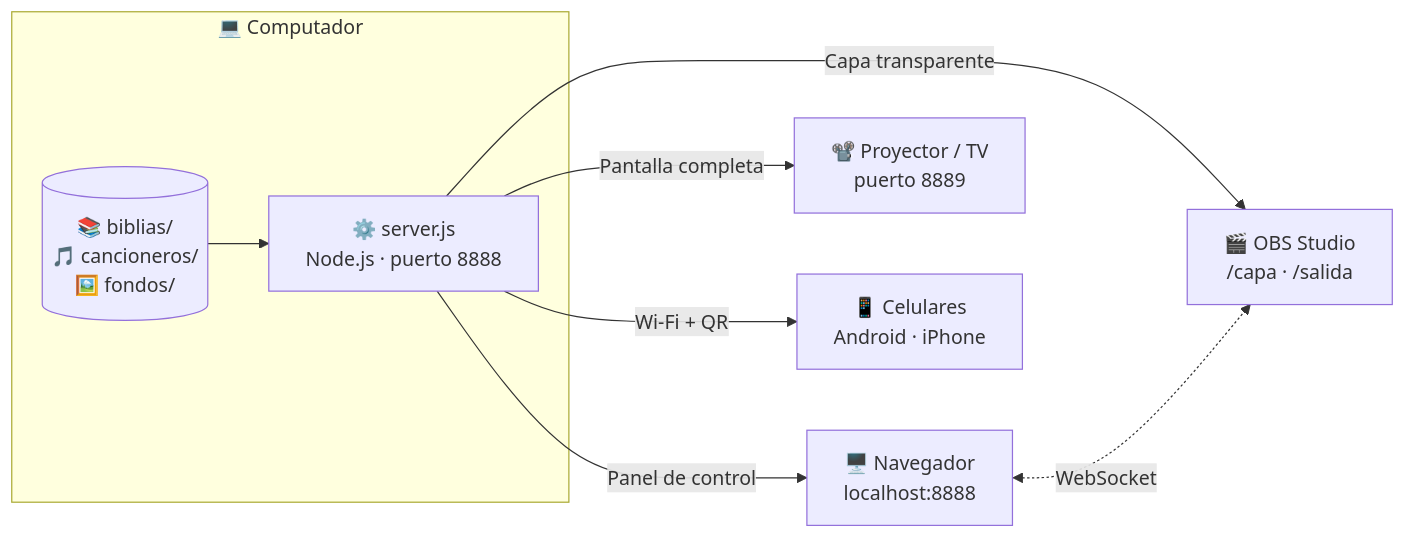
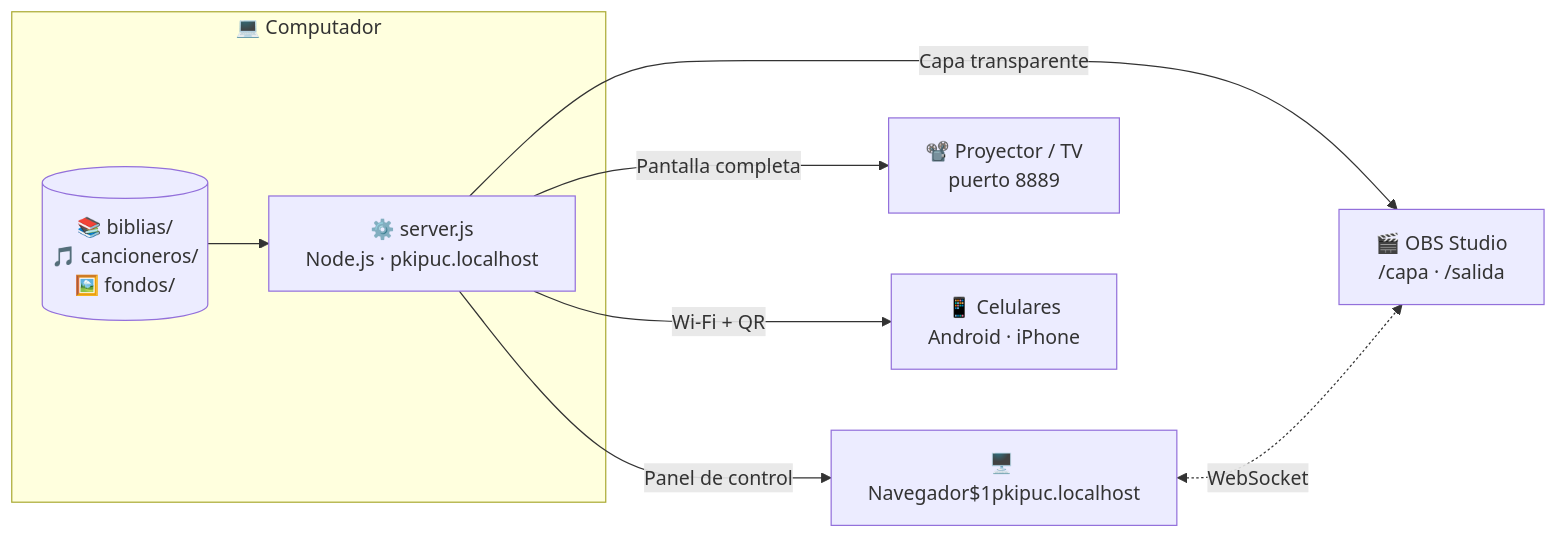
The diagram in README.md (Sebaslw/PK-PENTECOSTAL), drawn with Mermaid before and after one commit. The commit also changed other lines of this file and 13 other files, not shown here.

First line of the commit message:
Dirección con nombre: http://pkipuc.localhost

````diff
--- a/README.md
+++ b/README.md
@@ -206,13 +206,13 @@
 ```mermaid
 flowchart LR
     subgraph PC["💻 Computador"]
-        S["⚙️ server.js<br/>Node.js · puerto 8888"]
+        S["⚙️ server.js<br/>Node.js · pkipuc.localhost"]
         D[("📚 biblias/<br/>🎵 cancioneros/<br/>🖼️ fondos/")]
         D --> S
     end
-    S -- "Panel de control" --> P["🖥️ Navegador<br/>localhost:8888"]
+    S -- "Panel de control" --> P["🖥️ Navegador$1pkipuc.localhost"]
     S -- "Pantalla completa" --> R["📽️ Proyector / TV<br/>puerto 8889"]
     S -- "Capa transparente" --> O["🎬 OBS Studio<br/>/capa · /salida"]
     S -- "Wi-Fi + QR" --> M["📱 Celulares<br/>Android · iPhone"]
     P <-. "WebSocket" .-> O
 ```
````
